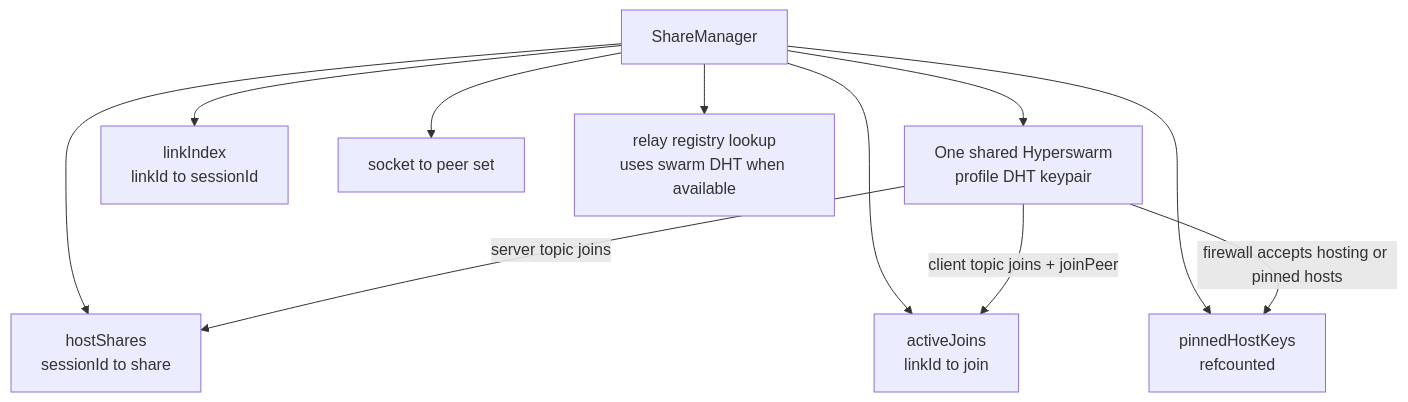
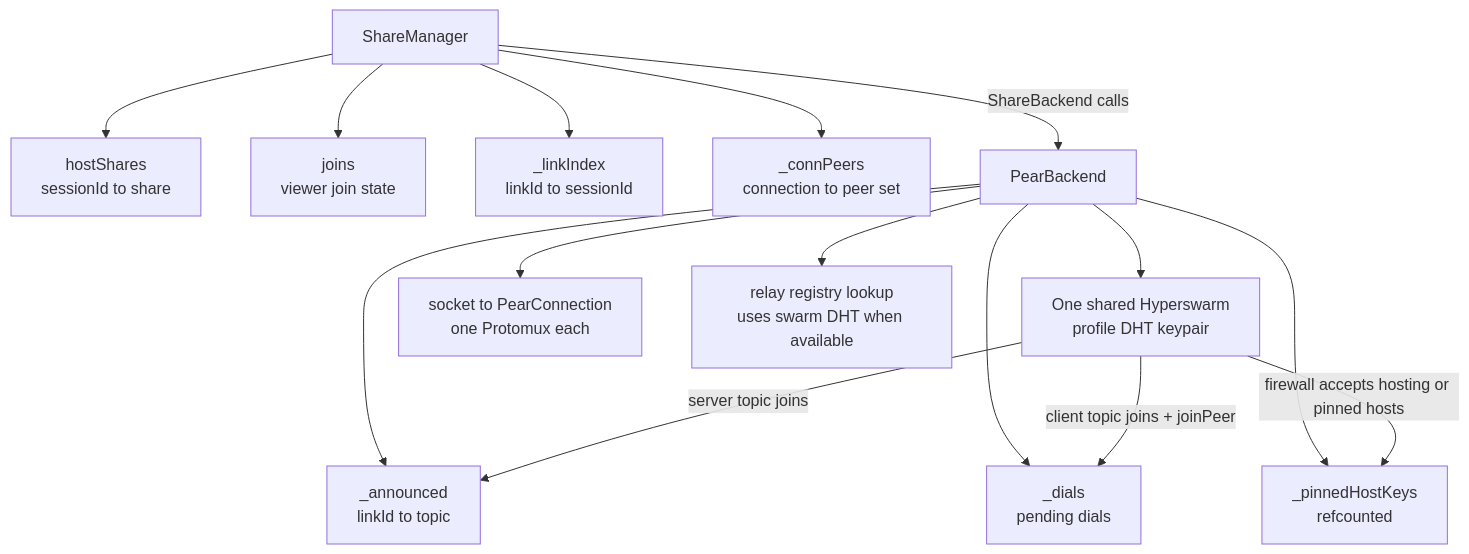
One commit to zevix/zbterm changed the eighth of 19 diagrams in docs/ARCHITECTURE.md. Above: the diagram before and after it, drawn with Mermaid. The commit also changed other lines of this file and 85 other files, not shown here.

````diff
--- a/docs/ARCHITECTURE.md
+++ b/docs/ARCHITECTURE.md
@@ -905,23 +1036,31 @@
 ```mermaid
 flowchart TB
   ShareManager[ShareManager]
+  HostShares[hostShares<br/>sessionId to share]
+  Joins[joins<br/>viewer join state]
+  LinkIndex[_linkIndex<br/>linkId to sessionId]
+  ConnPeers[_connPeers<br/>connection to peer set]
+  Pear[PearBackend]
   Swarm[One shared Hyperswarm<br/>profile DHT keypair]
-  HostShares[hostShares<br/>sessionId to share]
-  ActiveJoins[activeJoins<br/>linkId to join]
-  LinkIndex[linkIndex<br/>linkId to sessionId]
-  Pinned[pinnedHostKeys<br/>refcounted]
-  SocketPeers[socket to peer set]
+  Announced[_announced<br/>linkId to topic]
+  Dials[_dials<br/>pending dials]
+  Pinned[_pinnedHostKeys<br/>refcounted]
+  Conns[socket to PearConnection<br/>one Protomux each]
   RelayLookup[relay registry lookup<br/>uses swarm DHT when available]
 
-  ShareManager --> Swarm
   ShareManager --> HostShares
-  ShareManager --> ActiveJoins
+  ShareManager --> Joins
   ShareManager --> LinkIndex
-  ShareManager --> Pinned
-  ShareManager --> SocketPeers
-  ShareManager --> RelayLookup
+  ShareManager --> ConnPeers
+  ShareManager -->|ShareBackend calls| Pear
+  Pear --> Swarm
+  Pear --> Announced
+  Pear --> Dials
+  Pear --> Pinned
+  Pear --> Conns
+  Pear --> RelayLookup
 
-  Swarm -->|"server topic joins"| HostShares
-  Swarm -->|"client topic joins + joinPeer"| ActiveJoins
+  Swarm -->|"server topic joins"| Announced
+  Swarm -->|"client topic joins + joinPeer"| Dials
   Swarm -->|"firewall accepts hosting or pinned hosts"| Pinned
 ```
````
